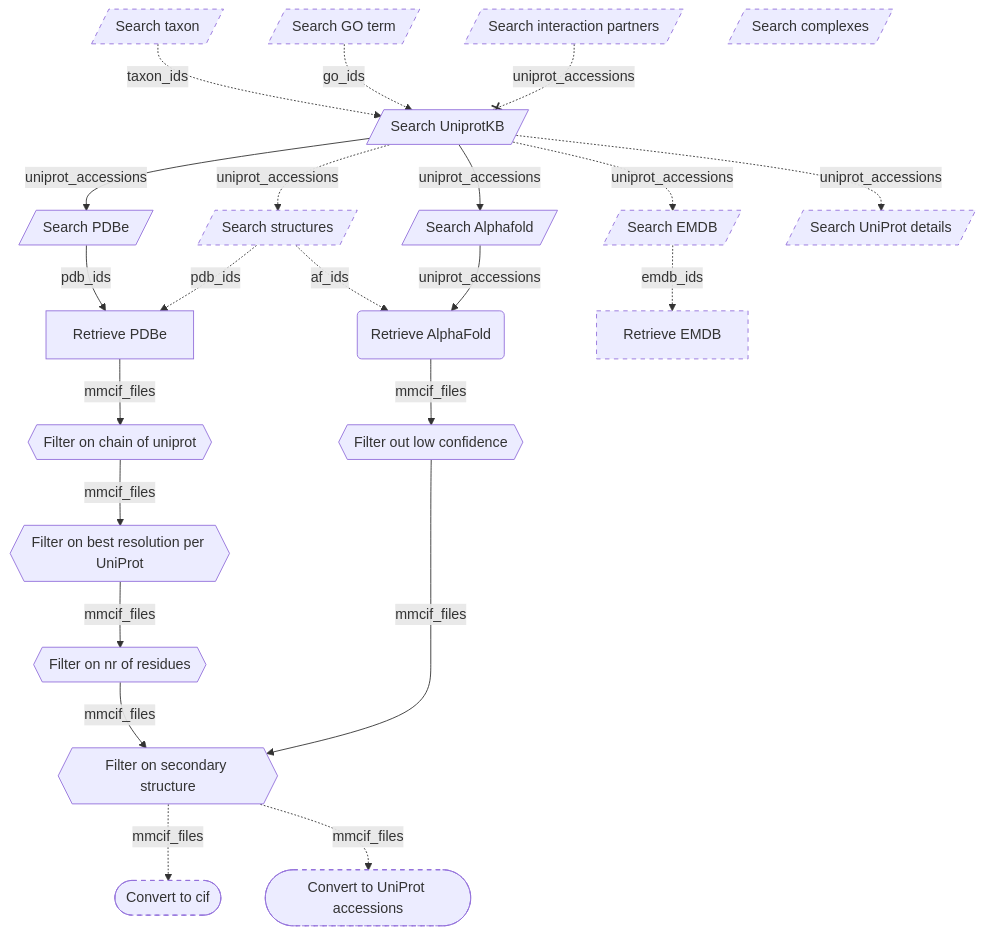
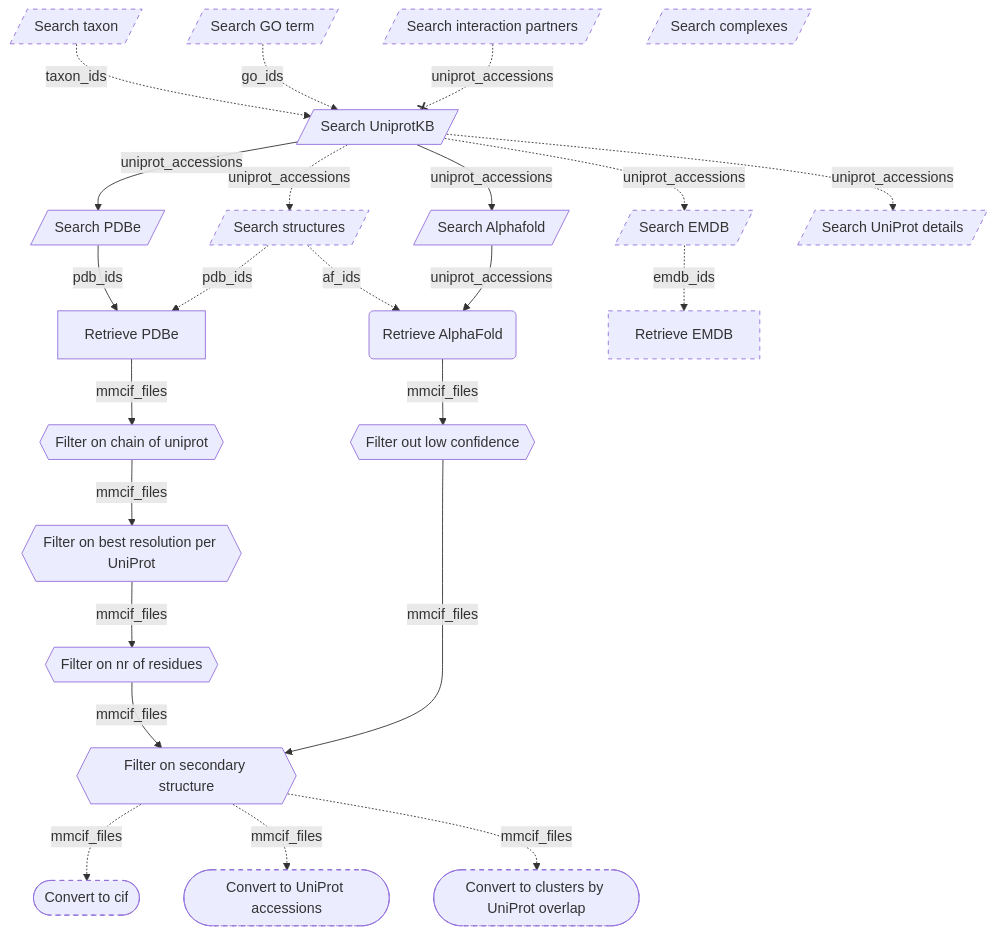
Before and after one commit to haddocking/protein-quest: the diagram in README.md, drawn with Mermaid. The commit also changed other lines of this file and 5 other files, not shown here.

Commit message:
Add `protein-quest convert clusters` command to investigate clusters made when filtering on resolution

````diff
--- a/README.md
+++ b/README.md
@@ -40,36 +40,38 @@
 ```mermaid
 graph TB;
     taxonomy[/Search taxon/] -. taxon_ids .-> searchuniprot[/Search UniprotKB/]
     goterm[/Search GO term/] -. go_ids .-> searchuniprot[/Search UniprotKB/]
     searchuniprot --> |uniprot_accessions|searchpdbe[/Search PDBe/]
     searchuniprot -. uniprot_accessions .-> searchstructures[/Search structures/]
     searchuniprot --> |uniprot_accessions|searchaf[/Search Alphafold/]
     searchuniprot -. uniprot_accessions .-> searchemdb[/Search EMDB/]
     searchuniprot -. uniprot_accessions .-> searchuniprotdetails[/Search UniProt details/]
     searchintactionpartners[/Search interaction partners/] -.-x |uniprot_accessions|searchuniprot
     searchcomplexes[/Search complexes/]
     searchpdbe -->|pdb_ids|fetchpdbe[Retrieve PDBe]
     searchstructures -. pdb_ids .-> fetchpdbe
     searchstructures -. af_ids .-> fetchad
     searchaf --> |uniprot_accessions|fetchad(Retrieve AlphaFold)
     searchemdb -. emdb_ids .->fetchemdb[Retrieve EMDB]
     fetchpdbe -->|mmcif_files| chainfilter{{Filter on chain of uniprot}}
     chainfilter --> |mmcif_files| resolutionfilter{{Filter on best resolution per UniProt}}
     resolutionfilter --> |mmcif_files| residuefilter{{Filter on nr of residues}}
     fetchad -->|mmcif_files| confidencefilter{{Filter out low confidence}}
     confidencefilter --> |mmcif_files| ssfilter{{Filter on secondary structure}}
     residuefilter --> |mmcif_files| ssfilter
     ssfilter -. mmcif_files .-> convert2cif([Convert to cif])
     ssfilter -. mmcif_files .-> convert2uniprot_accessions([Convert to UniProt accessions])
+    ssfilter -. mmcif_files .-> convert2clusters([Convert to clusters by UniProt overlap])
     classDef dashedBorder stroke-dasharray: 5 5;
     goterm:::dashedBorder
     taxonomy:::dashedBorder
     searchemdb:::dashedBorder
     fetchemdb:::dashedBorder
     searchstructures:::dashedBorder
     searchintactionpartners:::dashedBorder
     searchcomplexes:::dashedBorder
     searchuniprotdetails:::dashedBorder
     convert2cif:::dashedBorder
     convert2uniprot_accessions:::dashedBorder
+    convert2clusters:::dashedBorder
 ```
````
